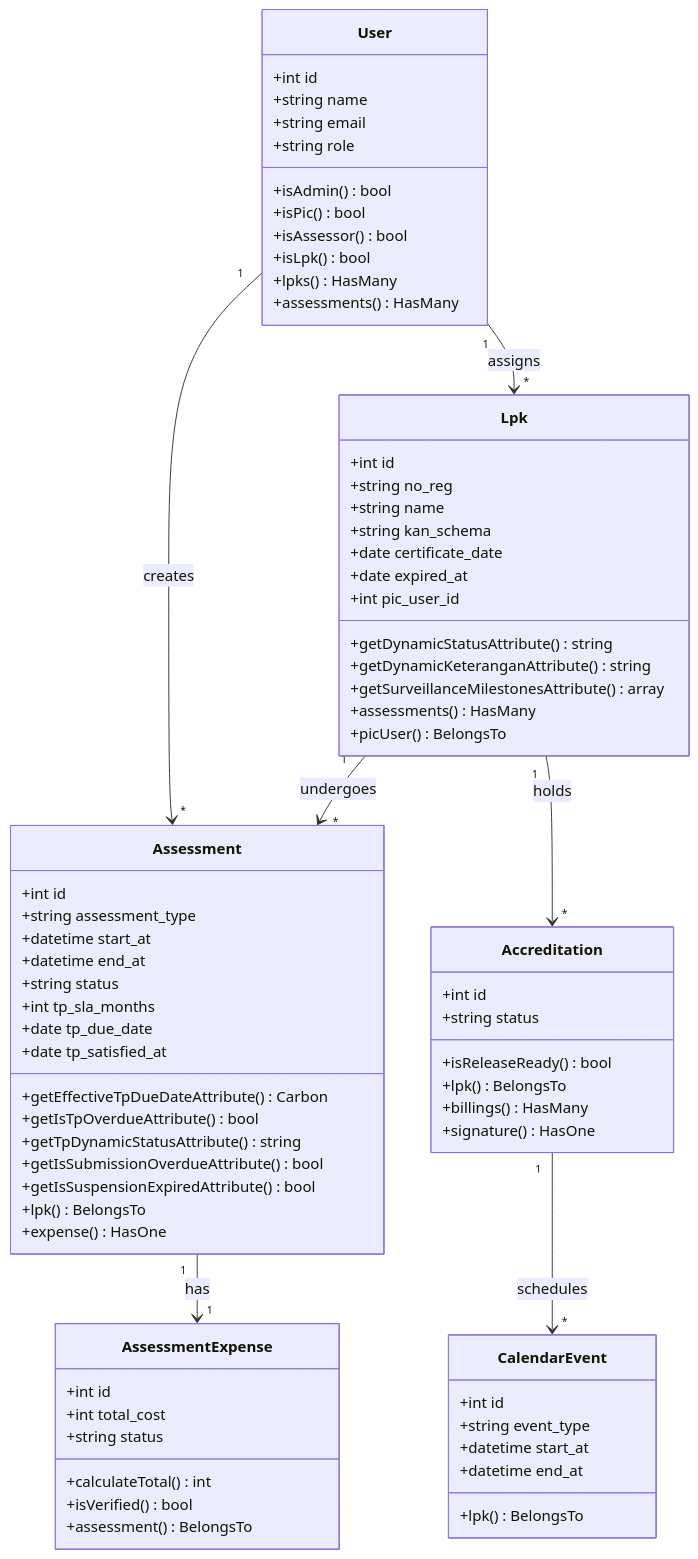
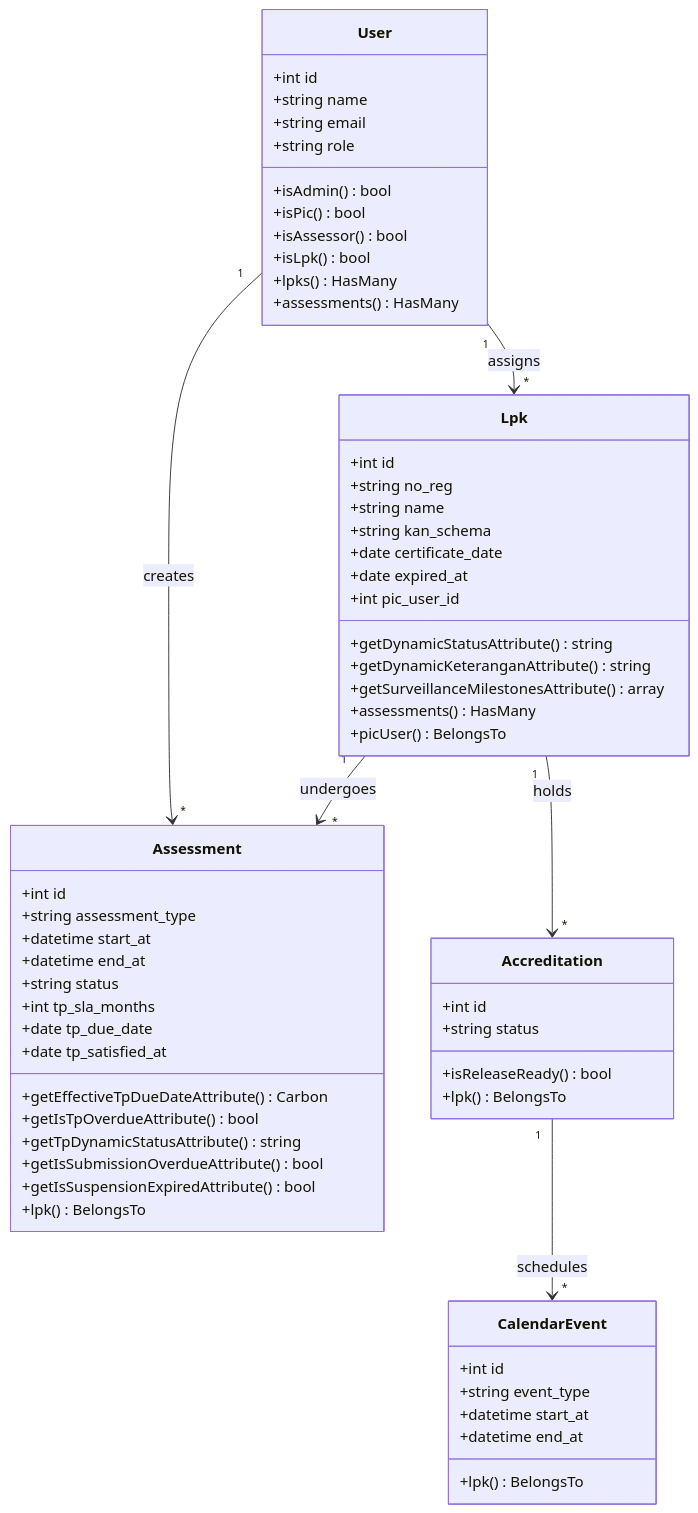
The ninth of 9 diagrams in docs/04-tahap-perancangan.md (greedykid/prototype-magang), drawn with Mermaid before and after one commit. The commit also changed other lines of this file and 79 other files, not shown here.

````diff
--- a/docs/04-tahap-perancangan.md
+++ b/docs/04-tahap-perancangan.md
@@ -688,81 +566,68 @@
 ```mermaid
 classDiagram
     class User {
         +int id
         +string name
         +string email
         +string role
         +isAdmin() bool
         +isPic() bool
         +isAssessor() bool
         +isLpk() bool
         +lpks() HasMany
         +assessments() HasMany
     }
 
     class Lpk {
         +int id
         +string no_reg
         +string name
         +string kan_schema
         +date certificate_date
         +date expired_at
         +int pic_user_id
         +getDynamicStatusAttribute() string
         +getDynamicKeteranganAttribute() string
         +getSurveillanceMilestonesAttribute() array
         +assessments() HasMany
         +picUser() BelongsTo
     }
 
     class Assessment {
         +int id
         +string assessment_type
         +datetime start_at
         +datetime end_at
         +string status
         +int tp_sla_months
         +date tp_due_date
         +date tp_satisfied_at
         +getEffectiveTpDueDateAttribute() Carbon
         +getIsTpOverdueAttribute() bool
         +getTpDynamicStatusAttribute() string
         +getIsSubmissionOverdueAttribute() bool
         +getIsSuspensionExpiredAttribute() bool
         +lpk() BelongsTo
-        +expense() HasOne
-    }
-
-    class AssessmentExpense {
-        +int id
-        +int total_cost
-        +string status
-        +calculateTotal() int
-        +isVerified() bool
-        +assessment() BelongsTo
     }
 
     class Accreditation {
         +int id
         +string status
         +isReleaseReady() bool
         +lpk() BelongsTo
-        +billings() HasMany
-        +signature() HasOne
     }
 
     class CalendarEvent {
         +int id
         +string event_type
         +datetime start_at
         +datetime end_at
         +lpk() BelongsTo
     }
 
     User "1" --> "*" Lpk : assigns
     User "1" --> "*" Assessment : creates
     Lpk "1" --> "*" Assessment : undergoes
     Lpk "1" --> "*" Accreditation : holds
-    Assessment "1" --> "1" AssessmentExpense : has
     Accreditation "1" --> "*" CalendarEvent : schedules
 ```
````
